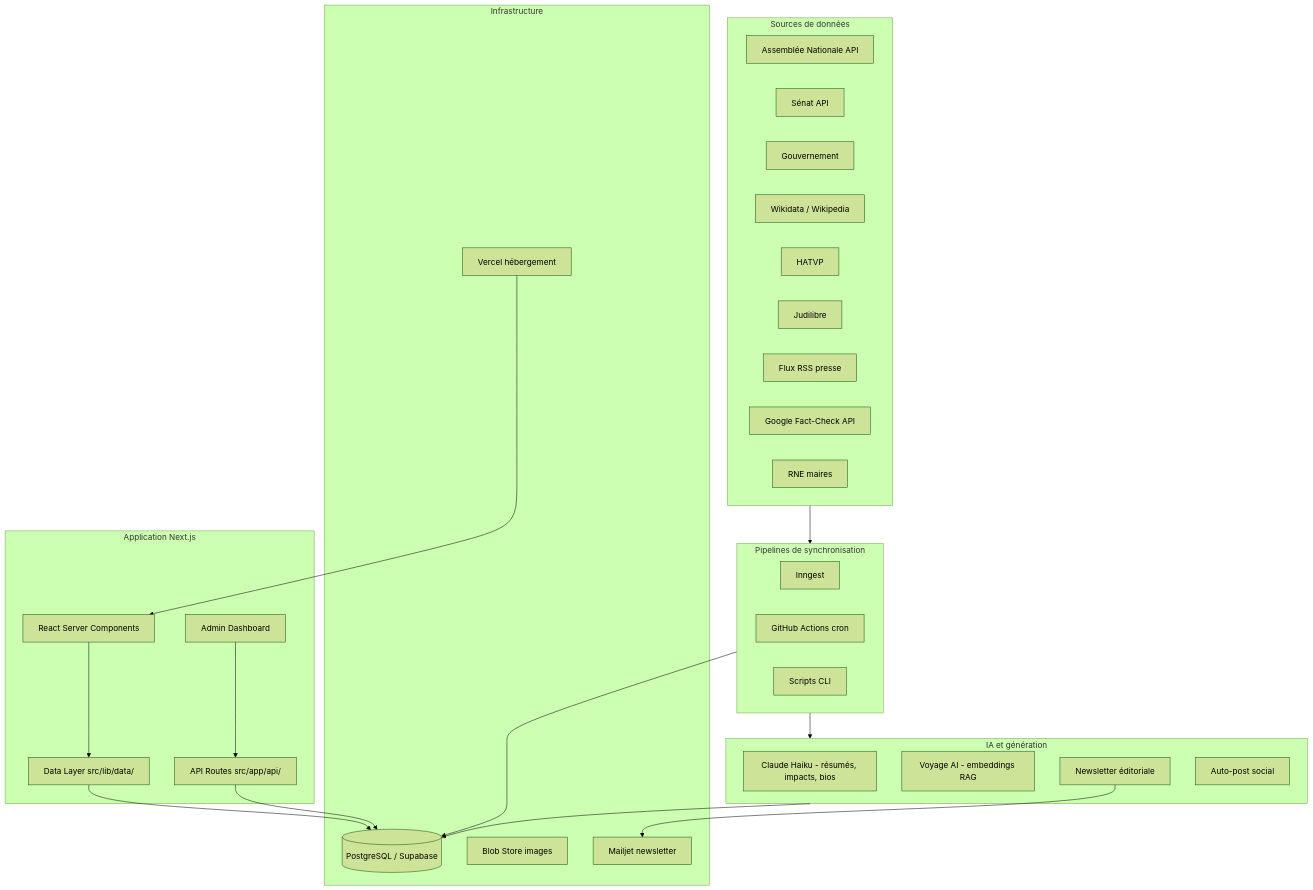
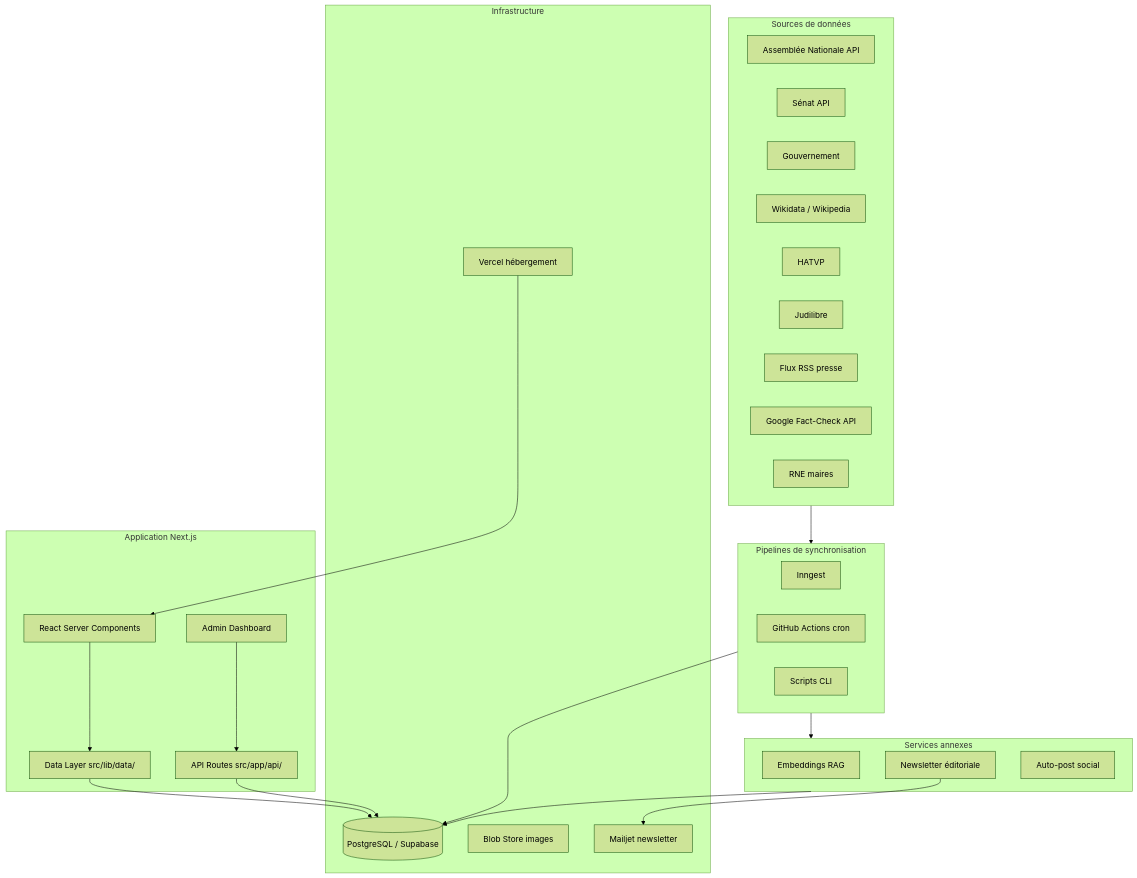
One commit to DidiLJ/poligraph changed the first of 6 diagrams in docs/ARCHITECTURE.md. Above: the diagram before and after it, drawn with Mermaid (forest theme). The commit also changed other lines of this file and 2 other files, not shown here.

First line of the commit message:
docs: update ARCHITECTURE and DATASOURCES documentation

````diff
--- a/docs/ARCHITECTURE.md
+++ b/docs/ARCHITECTURE.md
@@ -11,51 +11,50 @@
 ```mermaid
 graph TB
     subgraph Sources["Sources de données"]
         AN[Assemblée Nationale API]
         SE[Sénat API]
         GV[Gouvernement]
         WD[Wikidata / Wikipedia]
         HT[HATVP]
         JD[Judilibre]
         RSS[Flux RSS presse]
         FC[Google Fact-Check API]
         RNE[RNE maires]
     end
 
     subgraph Sync["Pipelines de synchronisation"]
         IG[Inngest]
         GHA[GitHub Actions cron]
         SC[Scripts CLI]
     end
 
     subgraph App["Application Next.js"]
         RSC[React Server Components]
         DL[Data Layer src/lib/data/]
         API[API Routes src/app/api/]
         ADM[Admin Dashboard]
     end
 
-    subgraph IA["IA et génération"]
-        HAI[Claude Haiku - résumés, impacts, bios]
-        VOY[Voyage AI - embeddings RAG]
+    subgraph Services["Services annexes"]
+        VOY[Embeddings RAG]
         NL[Newsletter éditoriale]
         SOC[Auto-post social]
     end
 
     subgraph Infra["Infrastructure"]
         PG[(PostgreSQL / Supabase)]
         VC[Vercel hébergement]
         BS[Blob Store images]
         MJ[Mailjet newsletter]
     end
 
     Sources --> Sync
     Sync --> PG
     RSC --> DL --> PG
     API --> PG
     ADM --> API
     VC --> RSC
-    Sync --> IA
-    IA --> PG
+    Sync --> Services
+    Services --> PG
     NL --> MJ
 ```
````
